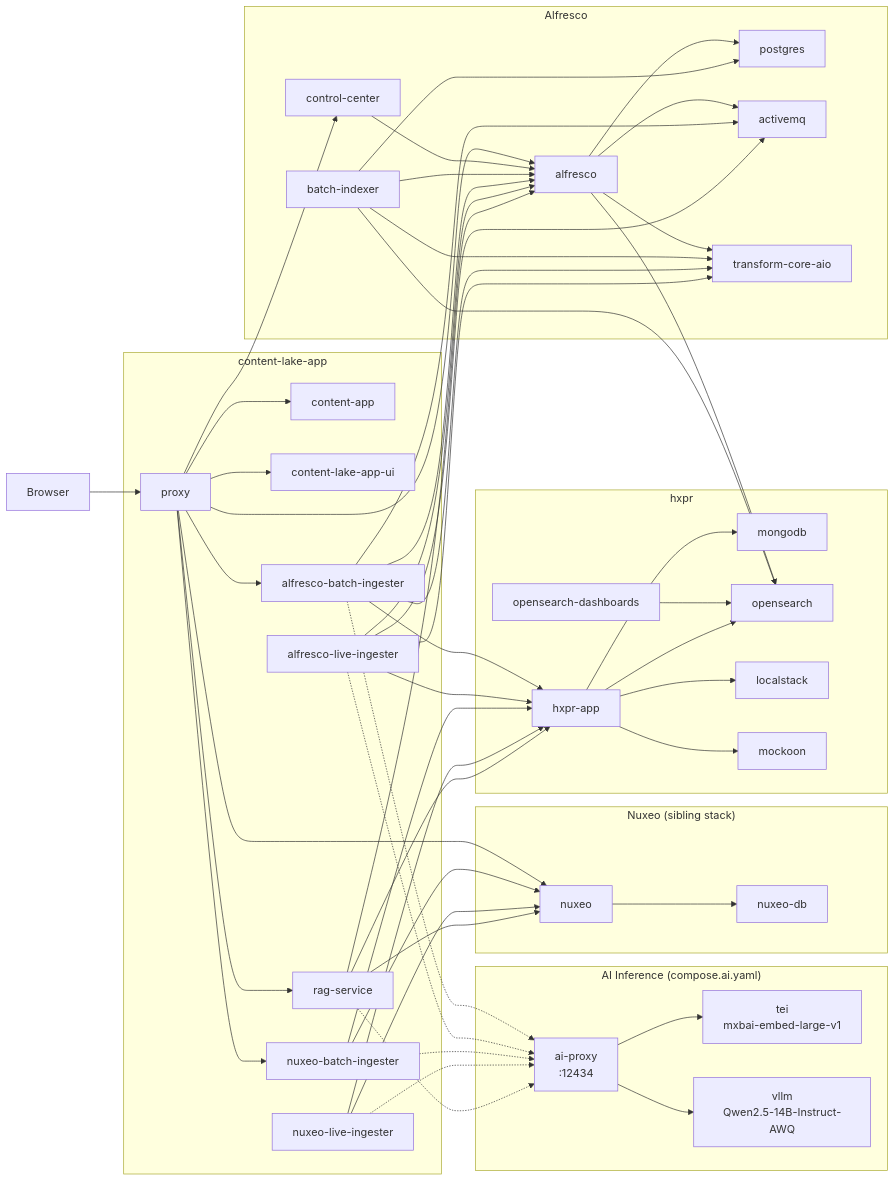
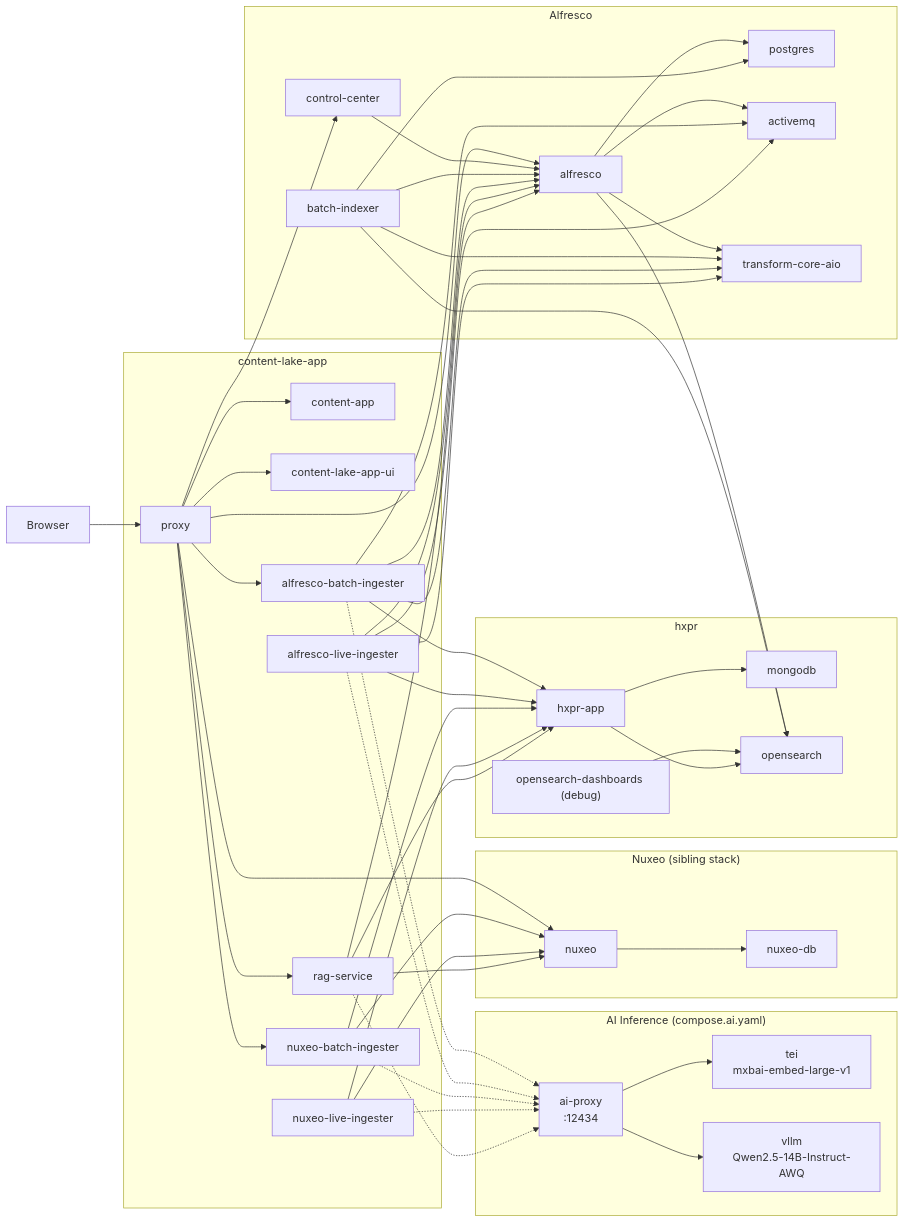
Before and after one commit to aborroy/content-lake-app-deployment: the diagram in docs/DEPLOY_EC2.md, drawn with Mermaid. The commit also changed 12 other files, not shown here.

````diff
--- a/docs/DEPLOY_EC2.md
+++ b/docs/DEPLOY_EC2.md
@@ -369,9 +369,7 @@
     HxprApp["hxpr-app"]
     Mongo["mongodb"]
     OpenSearch["opensearch"]
-    OSD["opensearch-dashboards"]
-    Localstack["localstack"]
-    Mockoon["mockoon"]
+    OSD["opensearch-dashboards (debug)"]
   end
 
   AiProxy --> TEI
@@ -429,7 +427,5 @@
 
   HxprApp --> Mongo
   HxprApp --> OpenSearch
-  HxprApp --> Localstack
-  HxprApp --> Mockoon
 
 ```
````
